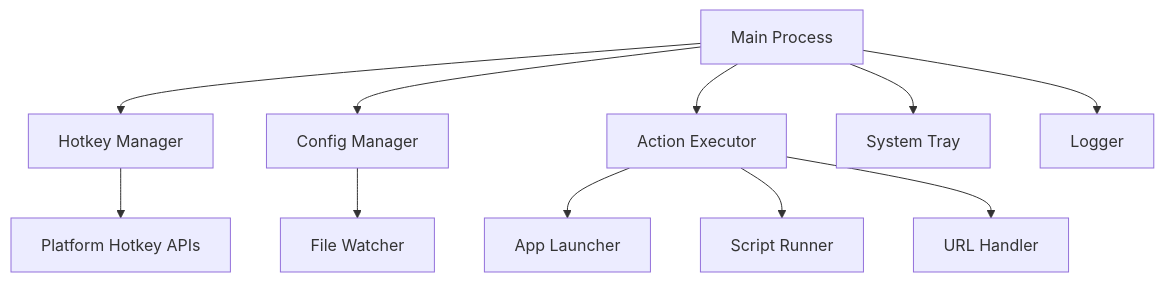
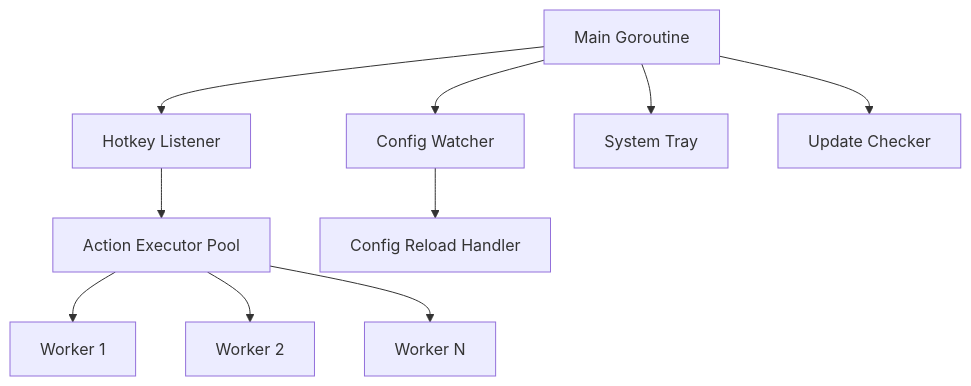
One commit to SphereStacking/SilentCast changed the eighth of 8 diagrams in docs/api/architecture.md. Above: the diagram before and after it, drawn with Mermaid. The commit also changed other lines of this file and 7 other files, not shown here.

````diff
--- a/docs/api/architecture.md
+++ b/docs/api/architecture.md
@@ -9,14 +396,14 @@
 ```mermaid
 graph TD
-    A[Main Process] --> B[Hotkey Manager]
-    A --> C[Config Manager]
-    A --> D[Action Executor]
-    A --> E[System Tray]
-    A --> F[Logger]
+    A[Main Goroutine] --> B[Hotkey Listener]
+    A --> C[Config Watcher]
+    A --> D[System Tray]
+    A --> E[Update Checker]
     
-    B --> G[Platform Hotkey APIs]
-    C --> H[File Watcher]
-    D --> I[App Launcher]
-    D --> J[Script Runner]
-    D --> K[URL Handler]
+    B --> F[Action Executor Pool]
+    C --> G[Config Reload Handler]
+    
+    F --> H[Worker 1]
+    F --> I[Worker 2]
+    F --> J[Worker N]
 ```
````
